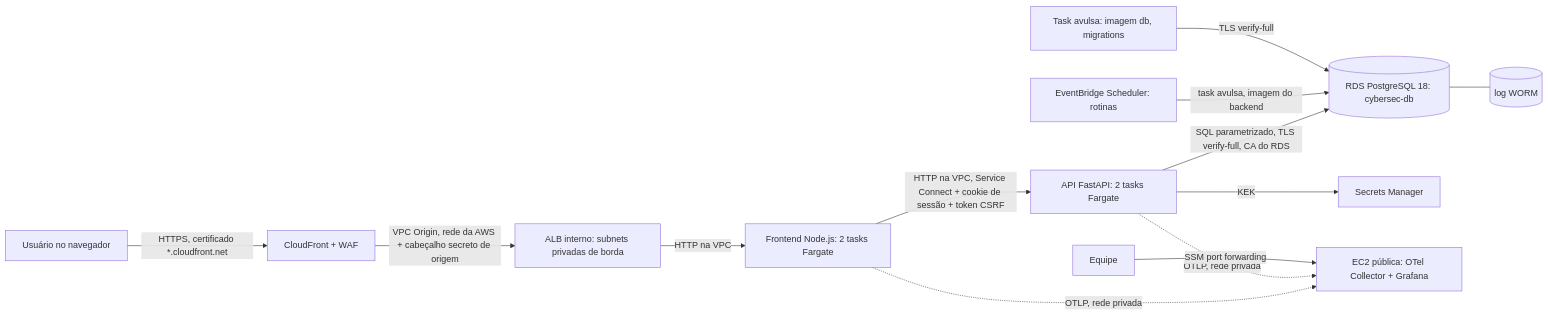
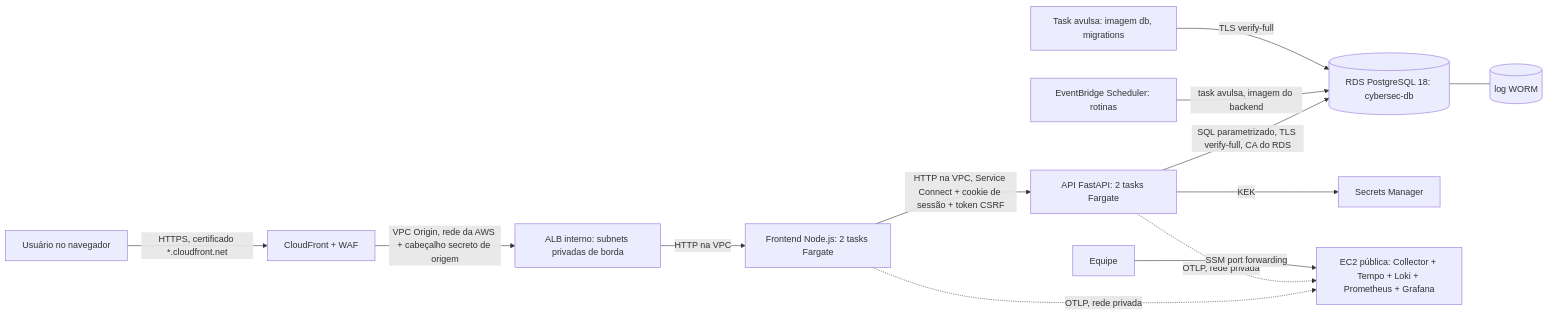
The first of 2 diagrams in docs/ARCHITECTURE.md (msrscs/p4_cybersec_saude_aws), drawn with Mermaid before and after one commit. The commit also changed other lines of this file and 2 other files, not shown here.

First line of the commit message:
docs: arquitetura na AWS no README e ARCHITECTURE atualizado (T12–T15)

````diff
--- a/docs/ARCHITECTURE.md
+++ b/docs/ARCHITECTURE.md
@@ -12,15 +12,15 @@
 ```mermaid
 flowchart LR
     U[Usuário no navegador] -->|HTTPS, certificado *.cloudfront.net| CF[CloudFront + WAF]
     CF -->|VPC Origin, rede da AWS + cabeçalho secreto de origem| ALB[ALB interno: subnets privadas de borda]
     ALB -->|HTTP na VPC| F[Frontend Node.js: 2 tasks Fargate]
     F -->|HTTP na VPC, Service Connect + cookie de sessão + token CSRF| B[API FastAPI: 2 tasks Fargate]
     B -->|SQL parametrizado, TLS verify-full, CA do RDS| D[(RDS PostgreSQL 18: cybersec-db)]
     B -->|KEK| K[Secrets Manager]
     S[EventBridge Scheduler: rotinas] -->|task avulsa, imagem do backend| D
     M[Task avulsa: imagem db, migrations] -->|TLS verify-full| D
     D --- A[(log WORM)]
-    F -.->|OTLP, rede privada| G[EC2 pública: OTel Collector + Grafana]
+    F -.->|OTLP, rede privada| G[EC2 pública: Collector + Tempo + Loki + Prometheus + Grafana]
     B -.->|OTLP, rede privada| G
     Op[Equipe] -->|SSM port forwarding| G
 ```
````
